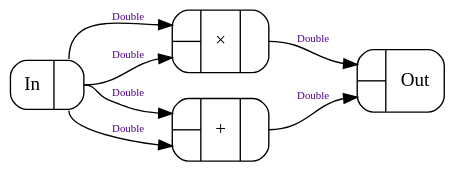
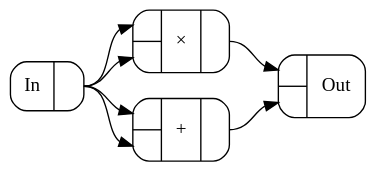
Before and after one commit to conal/talk-2018-essence-of-ad: the diagram in Figures/sqr-gradr.dot, drawn with Graphviz. The commit also changed 3 other files, not shown here.

Commit message:
figure tweaks

```diff
--- a/Figures/sqr-gradr.dot
+++ b/Figures/sqr-gradr.dot
@@ -1,19 +1,19 @@
 digraph sqr_gradr {
   margin=0
   compound=true
   rankdir=LR
   node [shape=Mrecord]
   edge [fontsize=8,fontcolor=indigo]
   bgcolor=transparent
   nslimit=20
   c0 [label="{In|{<Out0>}}"]
-  c19 [label="{{<In0>|<In1>}|\×|{<Out0>}}"]
-  c21 [label="{{<In0>|<In1>}|+|{<Out0>}}"]
-  c22 [label="{{<In0>|<In1>}|Out}"]
-  c0:Out0 -> c19:In0 [label="Double"]
-  c0:Out0 -> c19:In1 [label="Double"]
-  c0:Out0 -> c21:In0 [label="Double"]
-  c0:Out0 -> c21:In1 [label="Double"]
-  c19:Out0 -> c22:In0 [label="Double"]
-  c21:Out0 -> c22:In1 [label="Double"]
+  c102 [label="{{<In0>|<In1>}|\×|{<Out0>}}"]
+  c232 [label="{{<In0>|<In1>}|+|{<Out0>}}"]
+  c233 [label="{{<In0>|<In1>}|Out}"]
+  c0:Out0 -> c102:In0 []
+  c0:Out0 -> c102:In1 []
+  c0:Out0 -> c232:In0 []
+  c0:Out0 -> c232:In1 []
+  c102:Out0 -> c233:In0 []
+  c232:Out0 -> c233:In1 []
 }
```
